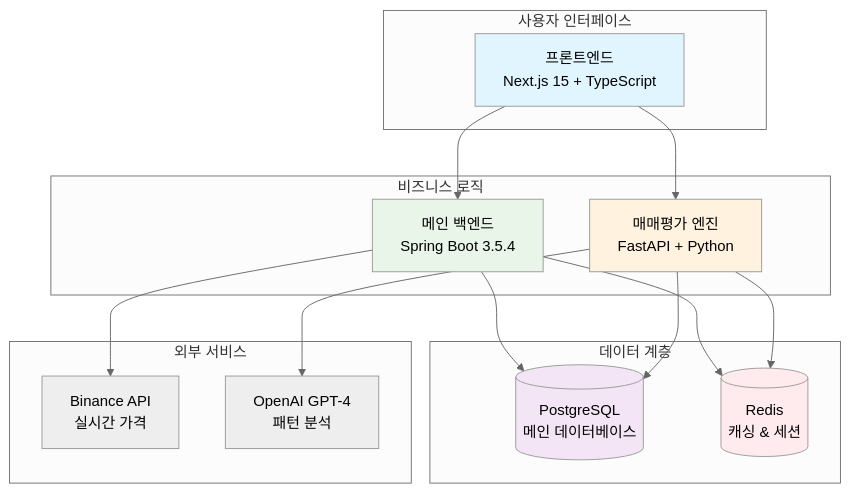
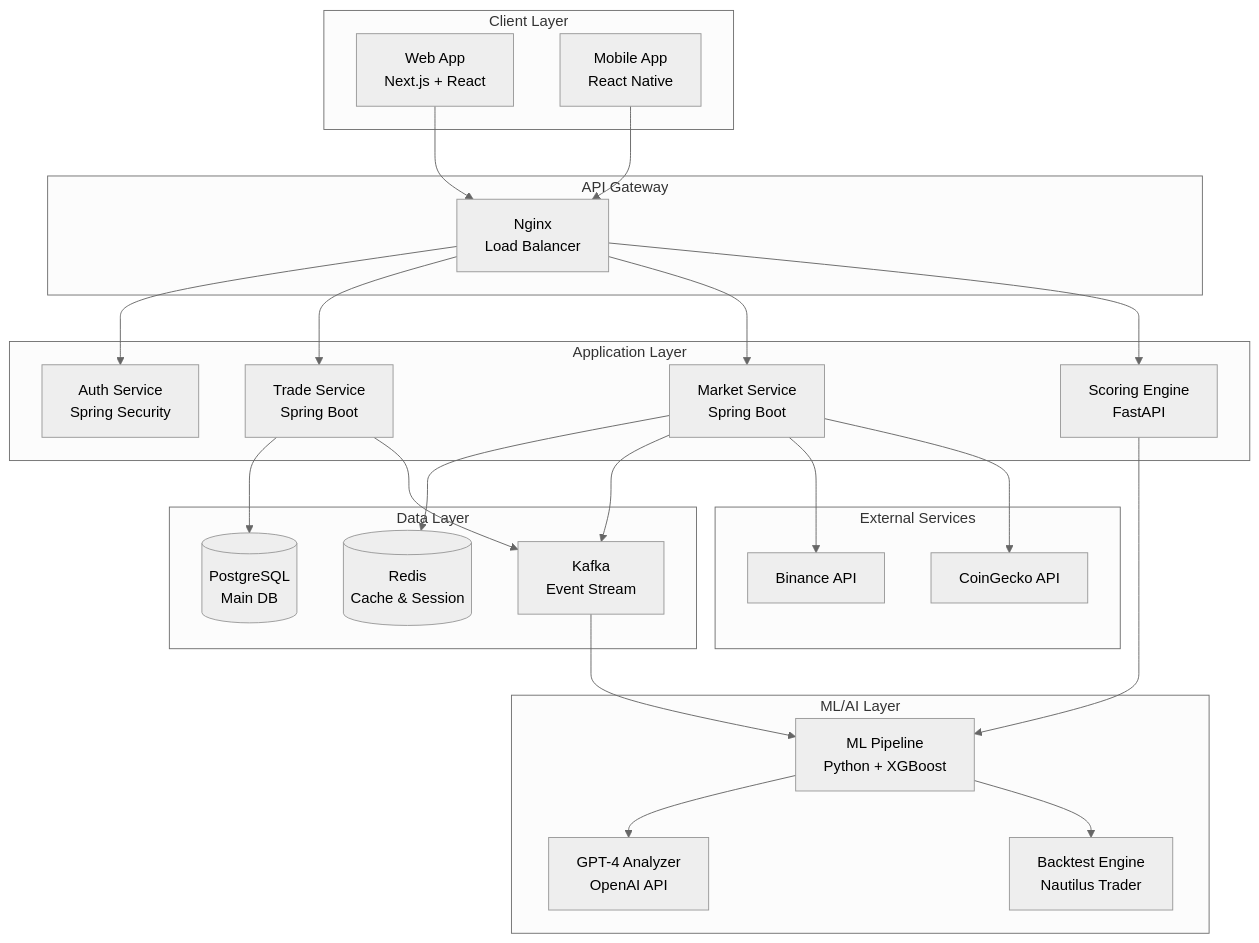
The diagram in README.md (seolwon0522/coin_trading_journal), drawn with Mermaid (neutral theme) before and after one commit. The commit also changed other lines of this file and 51 other files, not shown here.

````diff
--- a/README.md
+++ b/README.md
@@ -47,36 +96,55 @@
 ```mermaid
 graph TB
-    subgraph "사용자 인터페이스"
-        UI[프론트엔드<br/>Next.js 15 + TypeScript]
+    subgraph "Client Layer"
+        WEB[Web App<br/>Next.js + React]
+        MOBILE[Mobile App<br/>React Native]
     end
     
-    subgraph "비즈니스 로직"
-        API[메인 백엔드<br/>Spring Boot 3.5.4]
-        ENGINE[매매평가 엔진<br/>FastAPI + Python]
+    subgraph "API Gateway"
+        NGINX[Nginx<br/>Load Balancer]
     end
     
-    subgraph "데이터 계층"
-        DB[(PostgreSQL<br/>메인 데이터베이스)]
-        REDIS[(Redis<br/>캐싱 & 세션)]
+    subgraph "Application Layer"
+        AUTH[Auth Service<br/>Spring Security]
+        TRADE[Trade Service<br/>Spring Boot]
+        MARKET[Market Service<br/>Spring Boot]
+        SCORING[Scoring Engine<br/>FastAPI]
     end
     
-    subgraph "외부 서비스"
-        BINANCE[Binance API<br/>실시간 가격]
-        GPT[OpenAI GPT-4<br/>패턴 분석]
+    subgraph "ML/AI Layer"
+        ML[ML Pipeline<br/>Python + XGBoost]
+        GPT[GPT-4 Analyzer<br/>OpenAI API]
+        BACKTEST[Backtest Engine<br/>Nautilus Trader]
     end
     
-    UI --> API
-    UI --> ENGINE
-    API --> DB
-    ENGINE --> DB
-    API --> REDIS
-    ENGINE --> REDIS
-    ENGINE --> GPT
-    API --> BINANCE
+    subgraph "Data Layer"
+        PG[(PostgreSQL<br/>Main DB)]
+        REDIS[(Redis<br/>Cache & Session)]
+        KAFKA[Kafka<br/>Event Stream]
+    end
     
-    style UI fill:#e1f5fe
-    style API fill:#e8f5e8
-    style ENGINE fill:#fff3e0
-    style DB fill:#f3e5f5
-    style REDIS fill:#ffebee
+    subgraph "External Services"
+        BINANCE[Binance API]
+        COINGECKO[CoinGecko API]
+    end
+    
+    WEB --> NGINX
+    MOBILE --> NGINX
+    NGINX --> AUTH
+    NGINX --> TRADE
+    NGINX --> MARKET
+    NGINX --> SCORING
+    
+    TRADE --> PG
+    MARKET --> REDIS
+    SCORING --> ML
+    ML --> GPT
+    ML --> BACKTEST
+    
+    TRADE --> KAFKA
+    MARKET --> KAFKA
+    KAFKA --> ML
+    
+    MARKET --> BINANCE
+    MARKET --> COINGECKO
 ```
````
